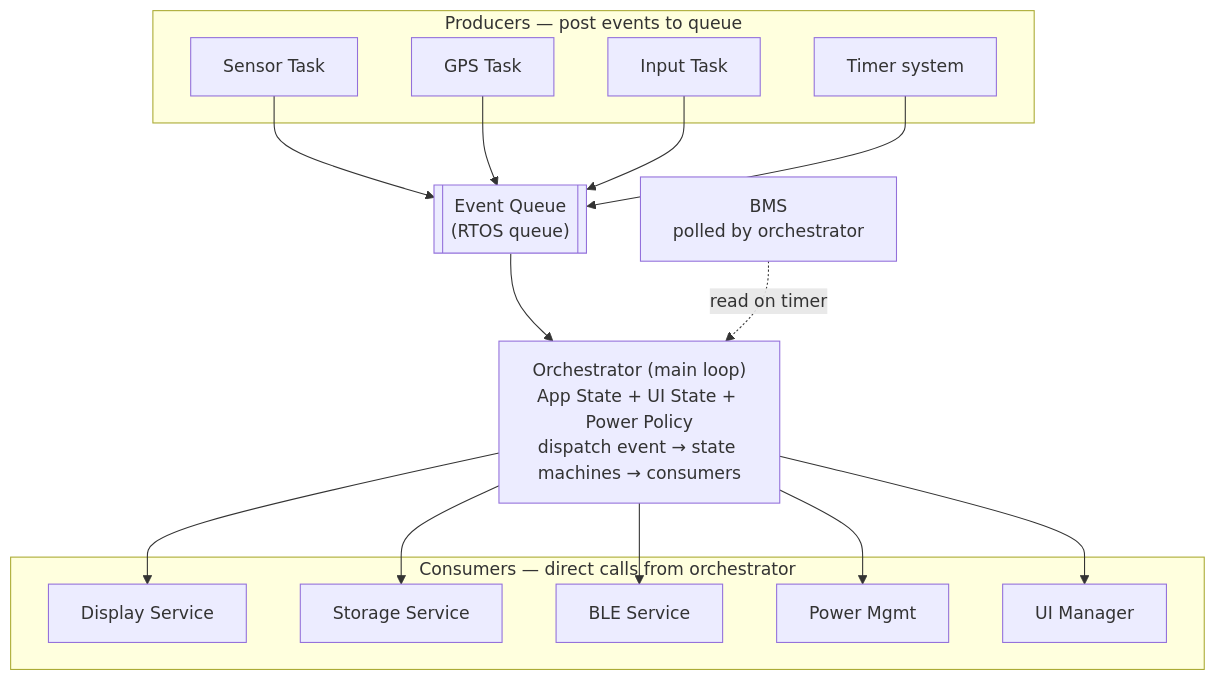
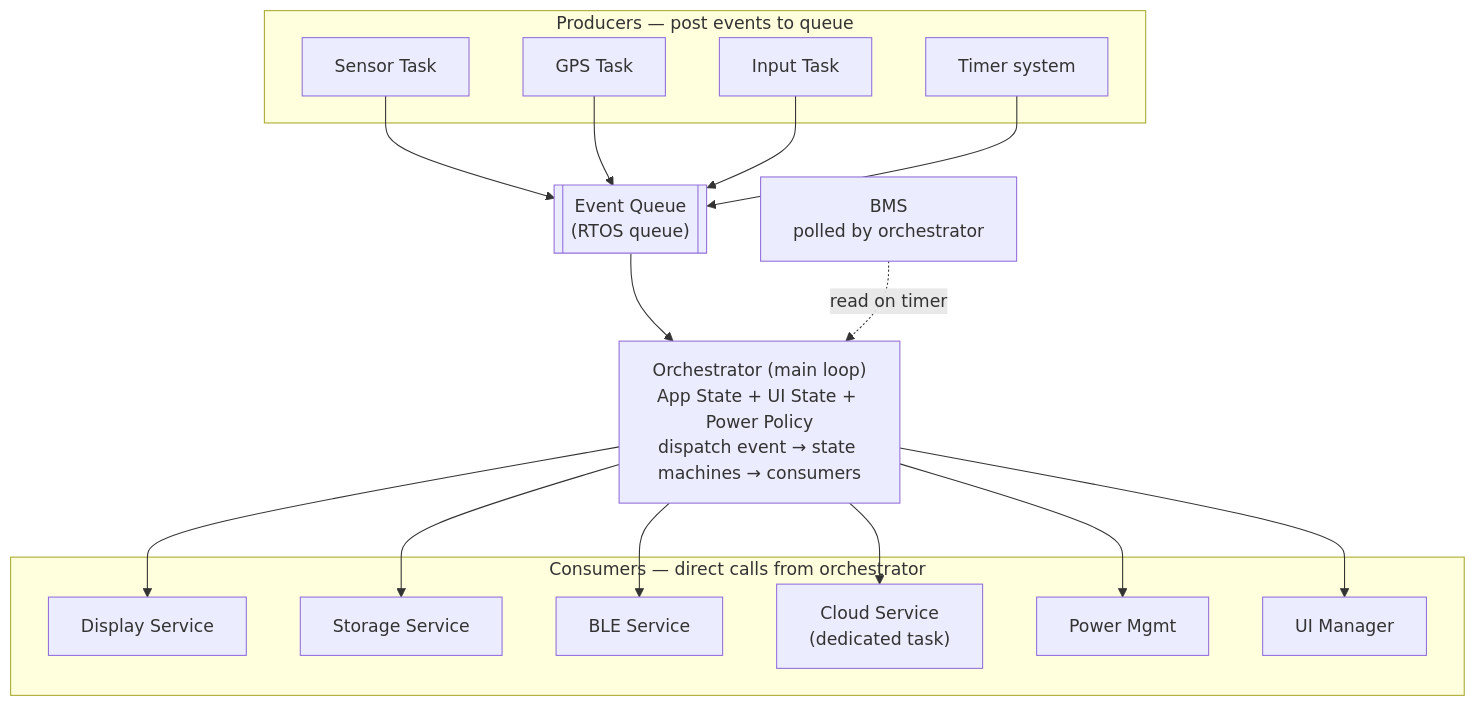
One commit to mattMRBH/firmware-core changed the second of 5 diagrams in products/go/ARCHITECTURE.md. Above: the diagram before and after it, drawn with Mermaid. The commit also changed other lines of this file and 2 other files, not shown here.

First line of the commit message:
docs(go): document cloud task, heap constraints, and board accessor

````diff
--- a/products/go/ARCHITECTURE.md
+++ b/products/go/ARCHITECTURE.md
@@ -77,35 +77,37 @@
 ```mermaid
 flowchart TD
     subgraph Producers ["Producers — post events to queue"]
         Sensor["Sensor Task"]
         GPS["GPS Task"]
         Input["Input Task"]
         Timer["Timer system"]
     end
 
     Queue[["Event Queue<br/>(RTOS queue)"]]
 
     Orch["Orchestrator (main loop)<br/>App State + UI State + Power Policy<br/>dispatch event → state machines → consumers"]
 
     BMS["BMS<br/>polled by orchestrator"]
 
     subgraph Consumers ["Consumers — direct calls from orchestrator"]
         Display["Display Service"]
         Storage["Storage Service"]
         BLE["BLE Service"]
+        Cloud["Cloud Service<br/>(dedicated task)"]
         PowerMgmt["Power Mgmt"]
         UI["UI Manager"]
     end
 
     Sensor --> Queue
     GPS --> Queue
     Input --> Queue
     Timer --> Queue
     Queue --> Orch
     BMS -.->|read on timer| Orch
     Orch --> Display
     Orch --> Storage
     Orch --> BLE
+    Orch --> Cloud
     Orch --> PowerMgmt
     Orch --> UI
 ```
````
